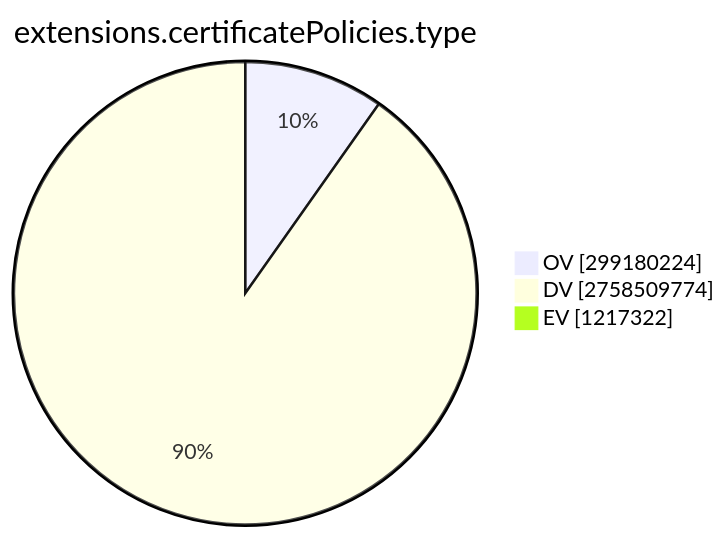
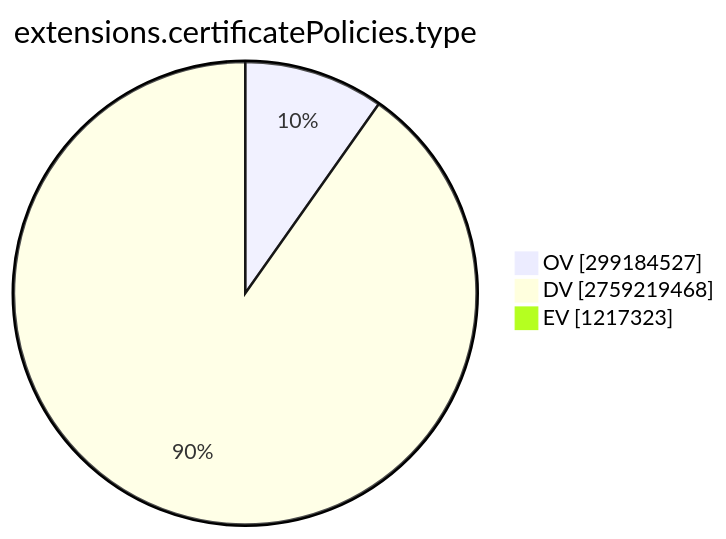
The ninth of 15 diagrams in TOTAL/README.md (christiankrug/ctmonitor_visualization), drawn with Mermaid before and after one commit. The commit also changed other lines of this file, not shown here.

````diff
--- a/TOTAL/README.md
+++ b/TOTAL/README.md
@@ -3101,7 +3101,7 @@
 ```mermaid
 pie showData
 title extensions.certificatePolicies.type
-"OV" :299180224
-"DV" :2758509774
-"EV" :1217322
+"OV" :299184527
+"DV" :2759219468
+"EV" :1217323
 ```
````
